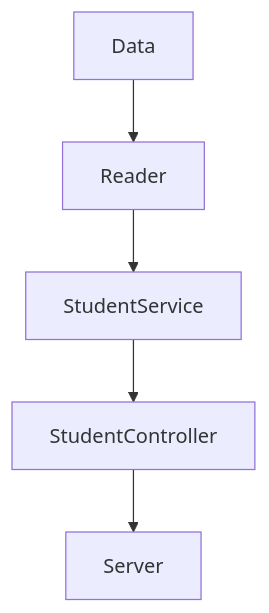
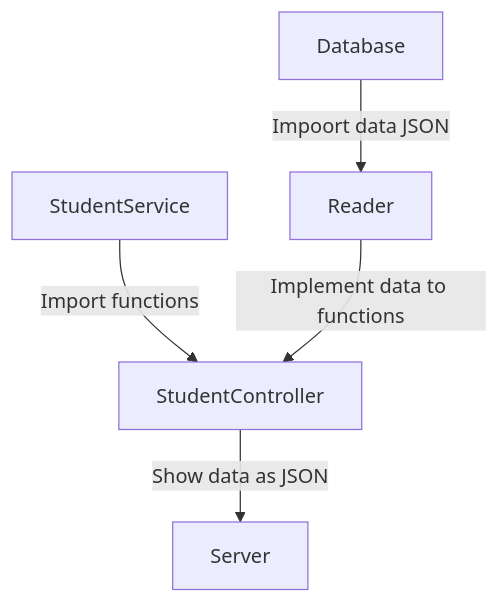
Before and after one commit to JorgeToT/curso-visual-thinking-API: the diagram in README.md, drawn with Mermaid. The commit also changed other lines of this file, not shown here.

````diff
--- a/README.md
+++ b/README.md
@@ -15,7 +18,7 @@
 ```mermaid
 graph TD;
-    Data-->Reader;
-    Reader-->StudentService;
-    StudentService-->StudentController
-    StudentController-->Server
+    Database-->|Impoort data JSON|Reader;
+    StudentService-->|Import functions|StudentController;
+    Reader-->|Implement data to functions|StudentController
+    StudentController-->|Show data as JSON|Server
 ```
````
